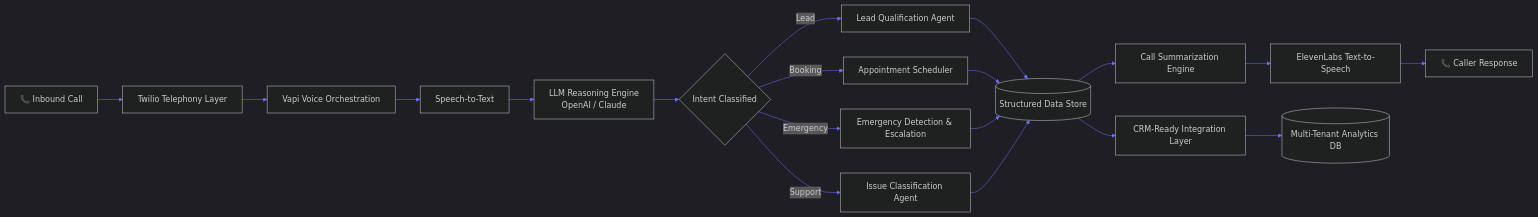
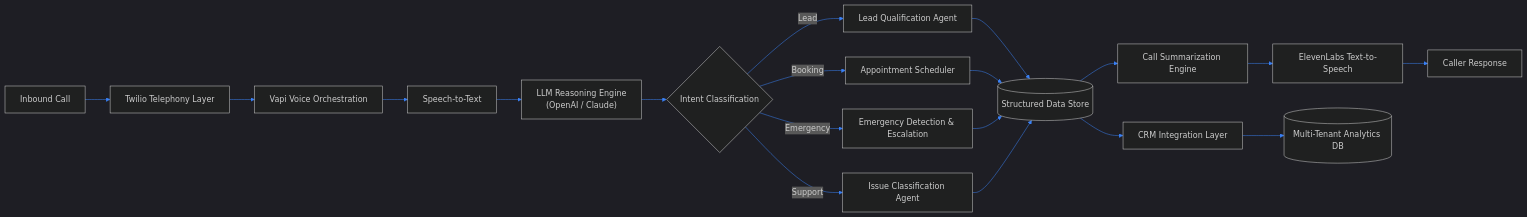
One commit to mohammedsohail7790/mohammedsohail7790 changed the first of 5 diagrams in README.md. Above: the diagram before and after it, drawn with Mermaid. The commit also changed other lines of this file, not shown here.

````diff
--- a/README.md
+++ b/README.md
@@ -89,22 +88,23 @@
 ```mermaid
-%%{init: {'theme':'dark', 'themeVariables': {'primaryColor':'#12141c','primaryTextColor':'#e8e8e8','primaryBorderColor':'#6e6eff','lineColor':'#6e6eff','secondaryColor':'#0a0e17','tertiaryColor':'#05060A'}}}%%
+%%{init: {'theme':'dark', 'themeVariables': {'primaryColor':'#0A0E17','primaryTextColor':'#E5E7EB','primaryBorderColor':'#3B82F6','lineColor':'#3B82F6','tertiaryColor':'#05060A'}}}%%
 flowchart LR
-    A[📞 Inbound Call] --> B[Twilio Telephony Layer]
+    A[Inbound Call] --> B[Twilio Telephony Layer]
     B --> C[Vapi Voice Orchestration]
     C --> D[Speech-to-Text]
-    D --> E[LLM Reasoning Engine\nOpenAI / Claude]
-    E --> F{Intent Classified}
+    D --> E["LLM Reasoning Engine
+    (OpenAI / Claude)"]
+    E --> F{Intent Classification}
     F -->|Lead| G[Lead Qualification Agent]
     F -->|Booking| H[Appointment Scheduler]
     F -->|Emergency| I[Emergency Detection & Escalation]
     F -->|Support| J[Issue Classification Agent]
     G --> K[(Structured Data Store)]
     H --> K
     I --> K
     J --> K
     K --> L[Call Summarization Engine]
     L --> M[ElevenLabs Text-to-Speech]
-    M --> N[📞 Caller Response]
-    K --> O[CRM-Ready Integration Layer]
+    M --> N[Caller Response]
+    K --> O[CRM Integration Layer]
     O --> P[(Multi-Tenant Analytics DB)]
 ```
````
